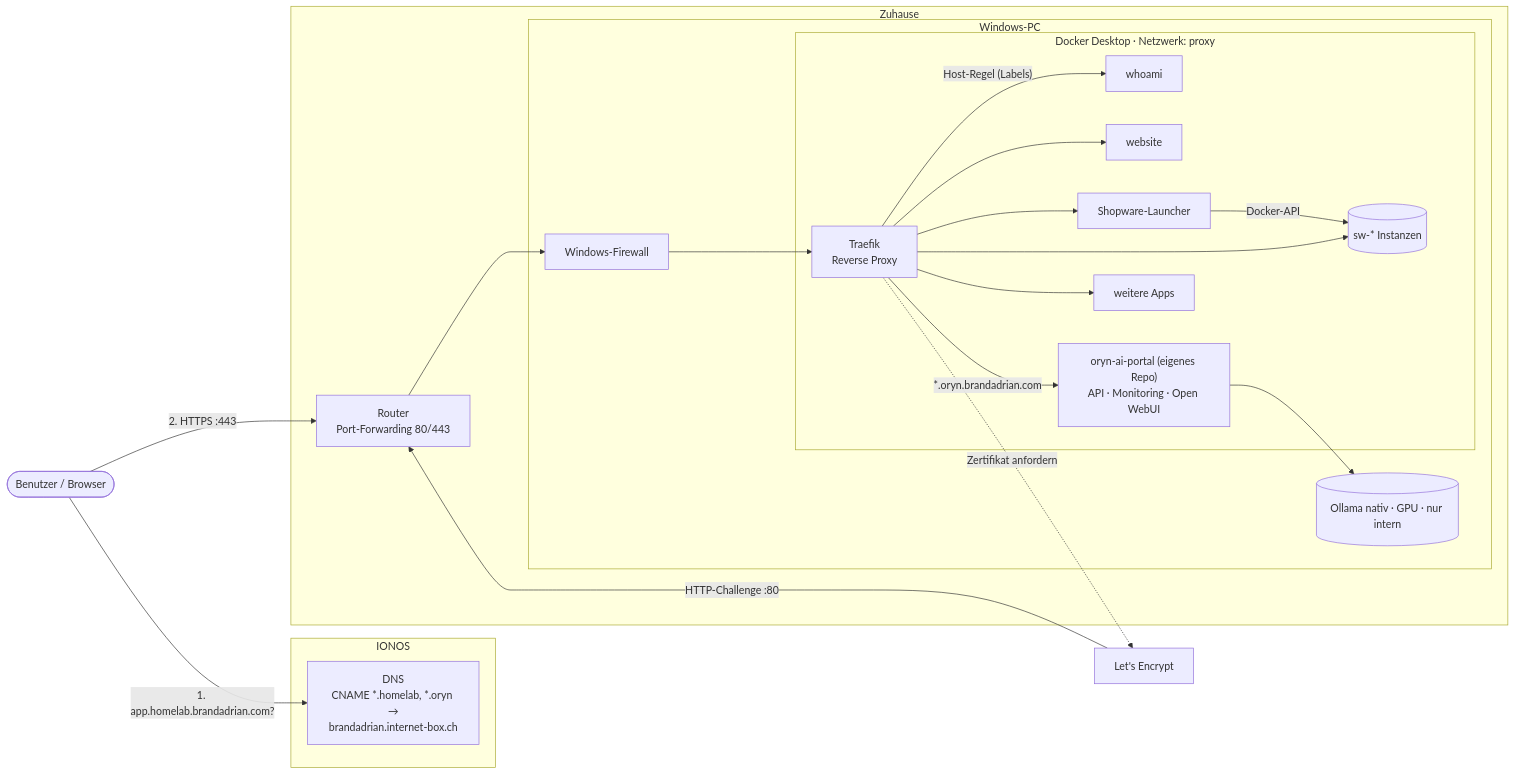
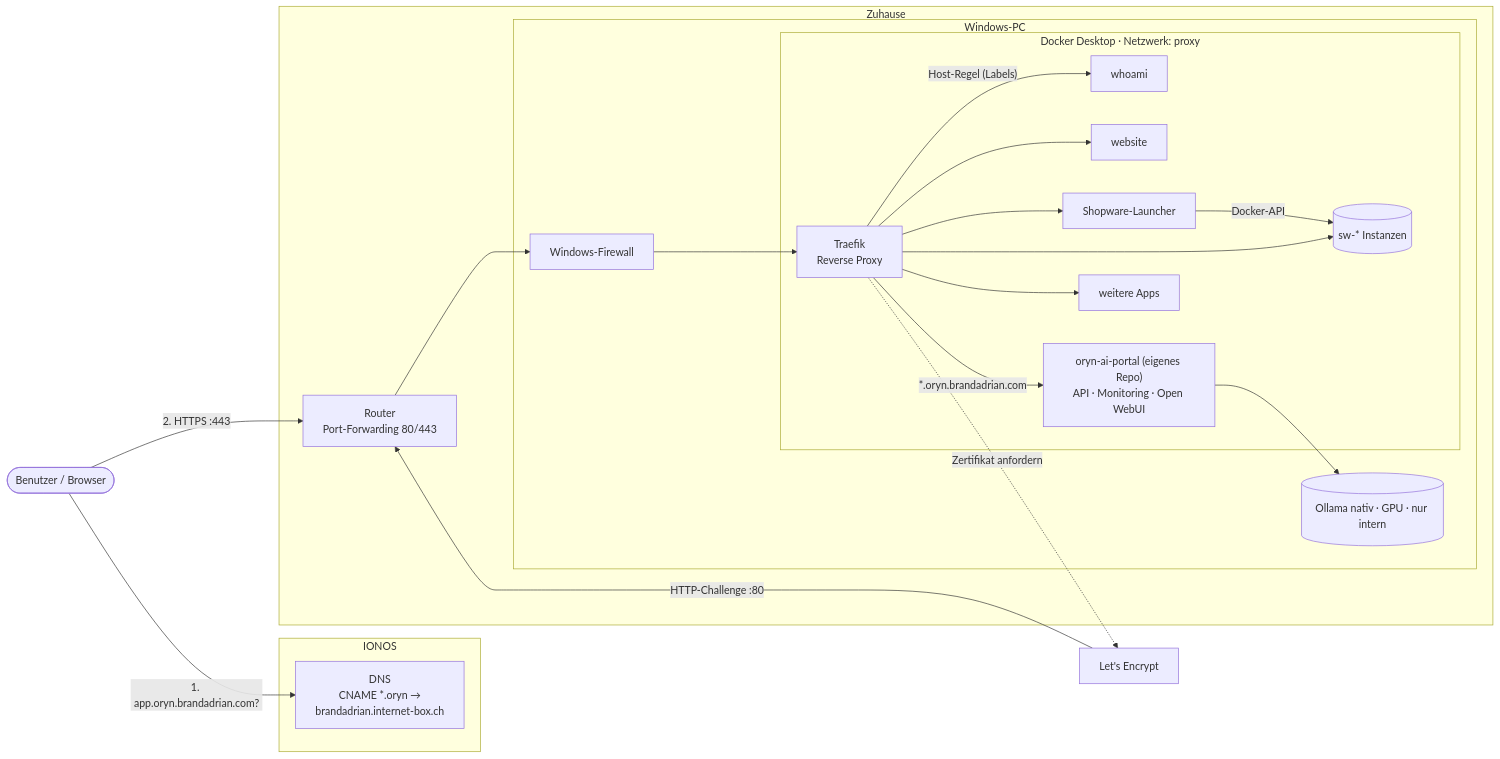
One commit to brandadrian/oryn-gateway changed the diagram in README.md. Above: the diagram before and after it, drawn with Mermaid. The commit also changed other lines of this file and 17 other files, not shown here.

````diff
--- a/README.md
+++ b/README.md
@@ -15,40 +15,40 @@
 ```mermaid
 flowchart LR
     user([Benutzer / Browser])
     le[Let's Encrypt]
 
     subgraph ionos[IONOS]
-        dns["DNS<br/>CNAME *.homelab, *.oryn →<br/>brandadrian.internet-box.ch"]
+        dns["DNS<br/>CNAME *.oryn →<br/>brandadrian.internet-box.ch"]
     end
 
     subgraph home[Zuhause]
         router["Router<br/>Port-Forwarding 80/443"]
         subgraph pc[Windows-PC]
             fw[Windows-Firewall]
             ollama[(Ollama nativ · GPU · nur intern)]
             subgraph docker["Docker Desktop · Netzwerk: proxy"]
                 traefik[Traefik<br/>Reverse Proxy]
                 whoami[whoami]
                 website[website]
                 gw["oryn-ai-portal (eigenes Repo)<br/>API · Monitoring · Open WebUI"]
                 swl[Shopware-Launcher]
                 sw[(sw-* Instanzen)]
                 app[weitere Apps]
             end
         end
     end
 
-    user -- "1. app.homelab.brandadrian.com?" --> dns
+    user -- "1. app.oryn.brandadrian.com?" --> dns
     user -- "2. HTTPS :443" --> router
     router --> fw --> traefik
     traefik -- "Host-Regel (Labels)" --> whoami
     traefik --> website
     traefik -- "*.oryn.brandadrian.com" --> gw
     gw --> ollama
     traefik --> swl
     swl -- "Docker-API" --> sw
     traefik --> sw
     traefik --> app
     le -- "HTTP-Challenge :80" --> router
     traefik -. "Zertifikat anfordern" .-> le
 ```
````
